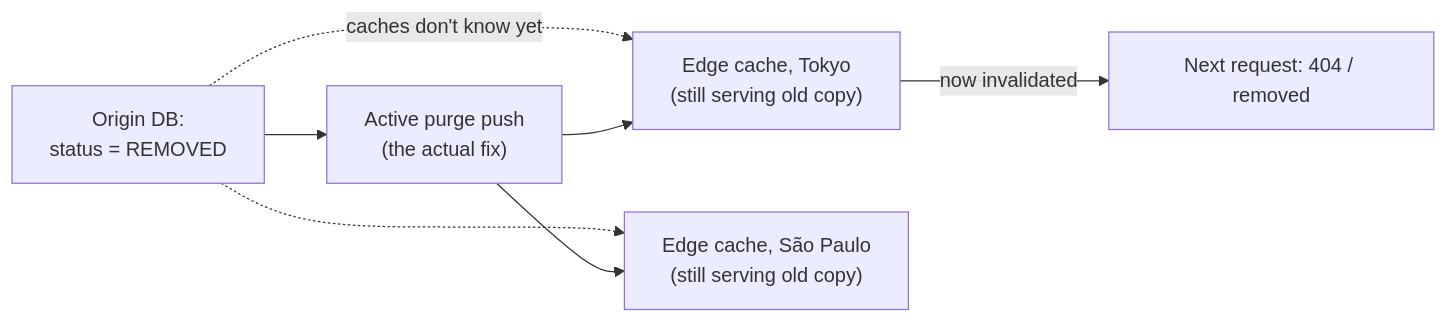
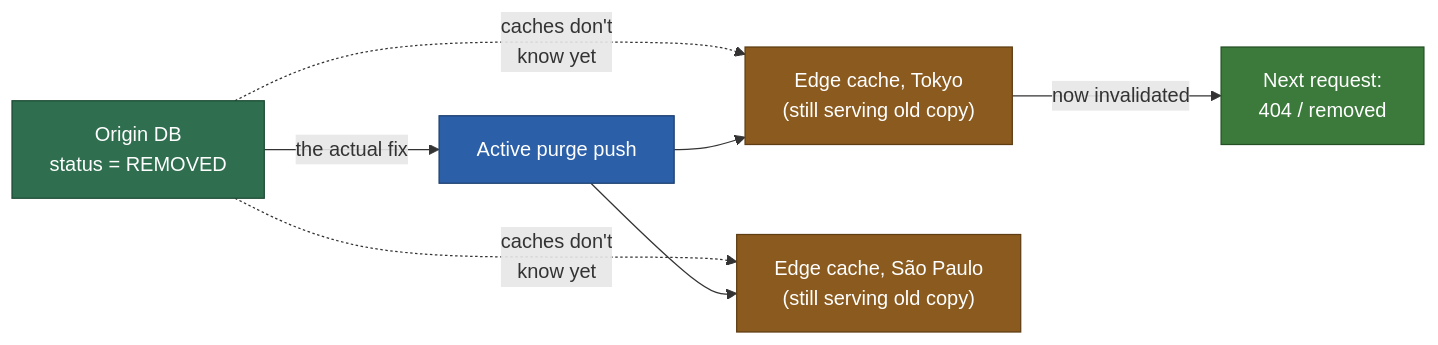
Before and after one commit to riyaz-pasha/Learnings: the second of 13 diagrams in system-design/HLD/0-course/48-Legal-Takedown-Propagation-System-FAANG-Guide-story.md, drawn with Mermaid. The commit also changed other lines of this file and 1 other file, not shown here.

Commit message:
[REWRITE] Legal Takedown Propagation story guide: simplify prose, add structure, fix diagrams

````diff
--- a/system-design/HLD/0-course/48-Legal-Takedown-Propagation-System-FAANG-Guide-story.md
+++ b/system-design/HLD/0-course/48-Legal-Takedown-Propagation-System-FAANG-Guide-story.md
@@ -46,9 +102,18 @@
 ```mermaid
 flowchart LR
-    A["Origin DB:\nstatus = REMOVED"] -.->|"caches don't know yet"| B["Edge cache, Tokyo\n(still serving old copy)"]
-    A -.-> C["Edge cache, São Paulo\n(still serving old copy)"]
-    A --> D["Active purge push\n(the actual fix)"]
+    A["Origin DB<br/>status = REMOVED"] -.->|"caches don't<br/>know yet"| B["Edge cache, Tokyo<br/>(still serving old copy)"]
+    A -.->|"caches don't<br/>know yet"| C["Edge cache, São Paulo<br/>(still serving old copy)"]
+    A -->|"the actual fix"| D["Active purge push"]
     D --> B
     D --> C
-    B -->|"now invalidated"| E["Next request: 404 / removed"]
+    B -->|"now invalidated"| E["Next request:<br/>404 / removed"]
+
+    classDef origin fill:#2f6f4f,stroke:#1c4a33,color:#ffffff
+    classDef stale fill:#8a5a1f,stroke:#5e3d13,color:#ffffff
+    classDef fix fill:#2b5fa8,stroke:#1c3f70,color:#ffffff
+    classDef done fill:#3c7a3c,stroke:#255025,color:#ffffff
+    class A origin
+    class B,C stale
+    class D fix
+    class E done
 ```
````
